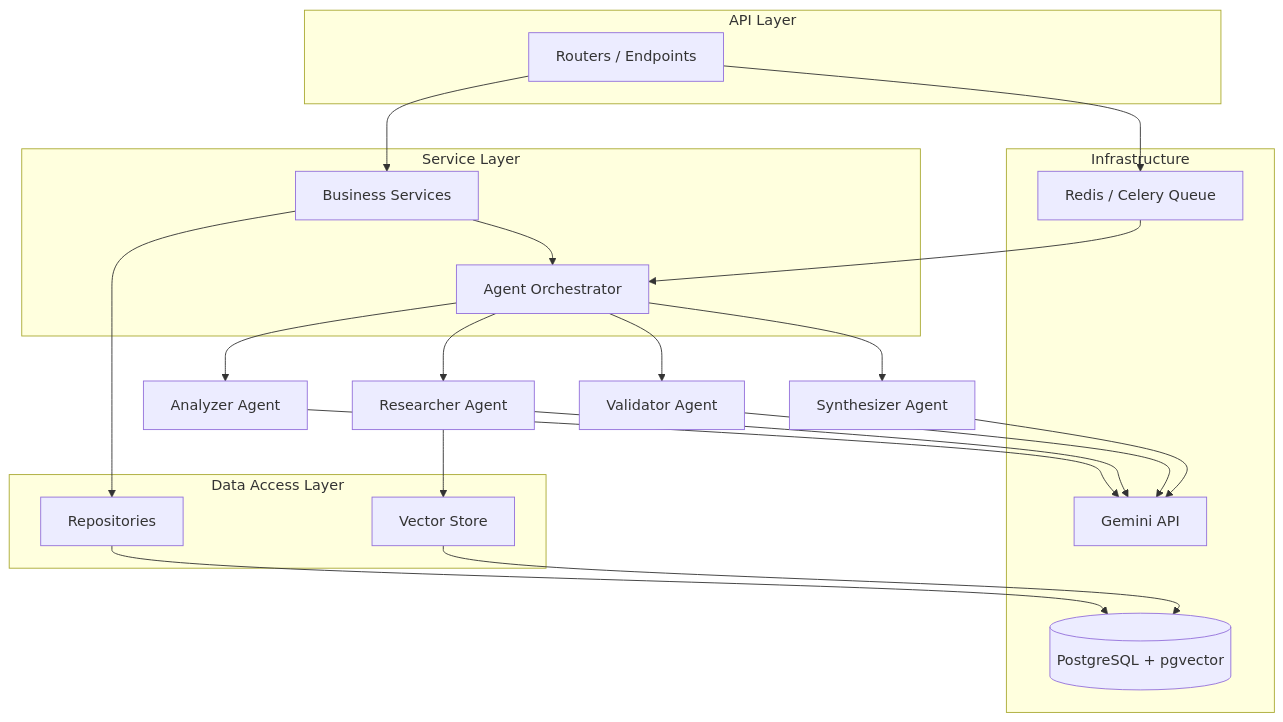
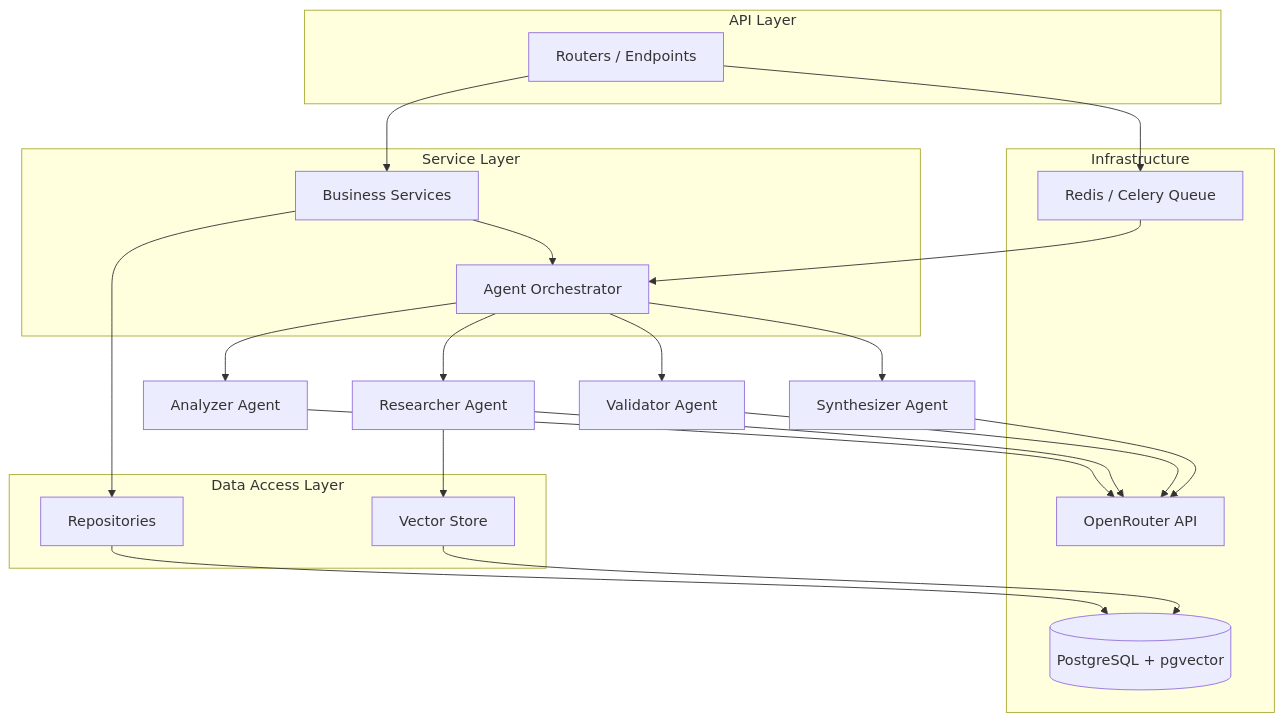
One commit to xHellish/synapseed changed the second of 4 diagrams in Docs/implementation_plan_1.md. Above: the diagram before and after it, drawn with Mermaid. The commit also changed other lines of this file and 10 other files, not shown here.

Commit message:
Migrate from Gemini to OpenRouter API for embeddings and recommendations

````diff
--- a/Docs/implementation_plan_1.md
+++ b/Docs/implementation_plan_1.md
@@ -325,36 +325,36 @@
 ```mermaid
 graph TD
     subgraph "API Layer"
         R[Routers / Endpoints]
     end
 
     subgraph "Service Layer"
         S[Business Services]
         O[Agent Orchestrator]
     end
 
     subgraph "Data Access Layer"
         RP[Repositories]
         VS[Vector Store]
     end
 
     subgraph "Infrastructure"
         DB[(PostgreSQL + pgvector)]
         Q[Redis / Celery Queue]
-        LLM[Gemini API]
+        LLM[OpenRouter API]
     end
 
     R --> S
     S --> RP
     S --> O
     O --> A1[Analyzer Agent]
     O --> A2[Researcher Agent]
     O --> A3[Validator Agent]
     O --> A4[Synthesizer Agent]
     A2 --> VS
     A1 & A2 & A3 & A4 --> LLM
     RP --> DB
     VS --> DB
     R --> Q
     Q --> O
 ```
````
